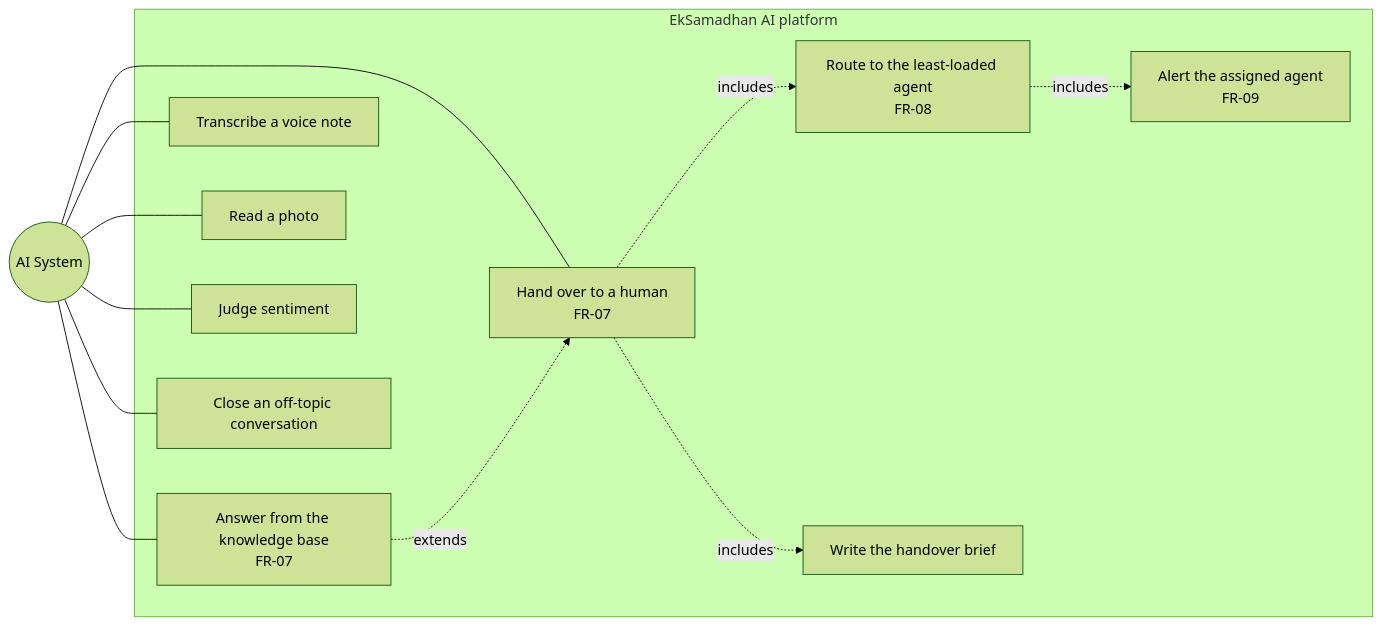
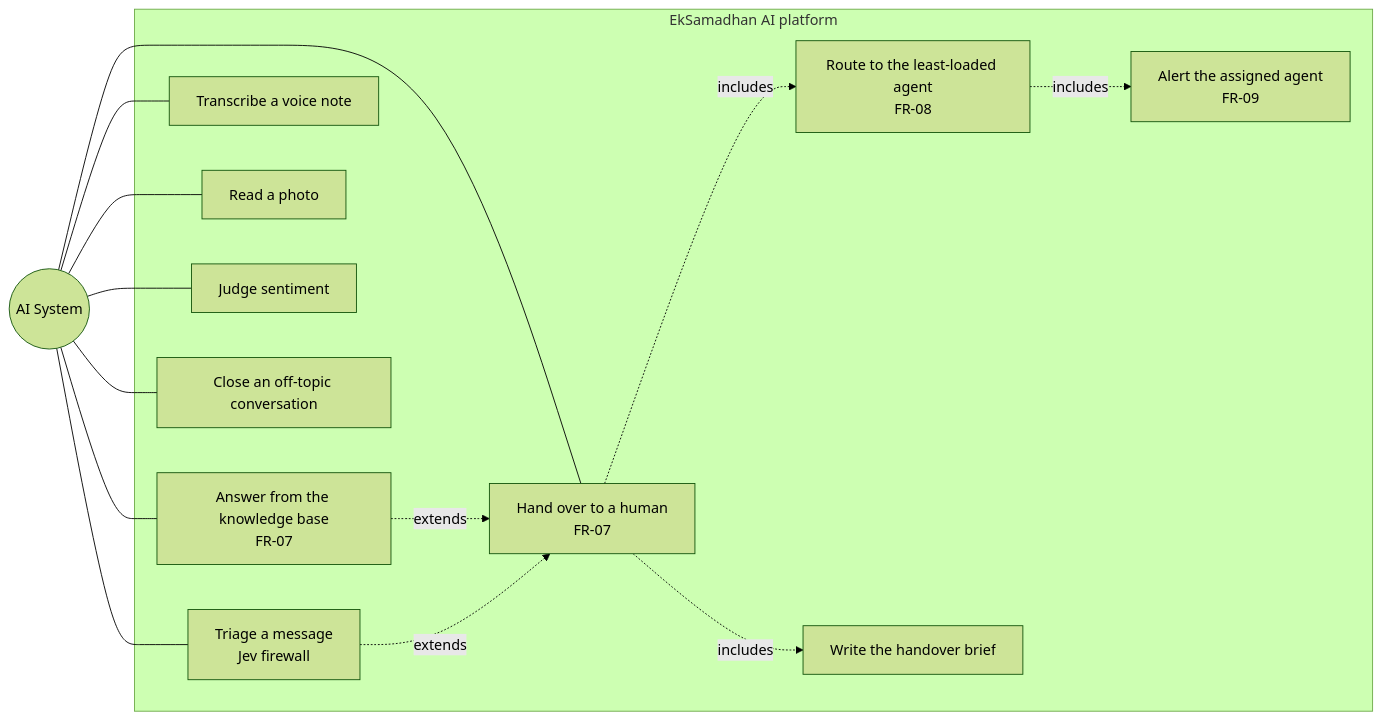
One commit to SayubShakya/eksamadhan-ai changed the fourth of 4 diagrams in docs/system-design/new-system-design/use-case/README.md. Above: the diagram before and after it, drawn with Mermaid (forest theme). The commit also changed 38 other files, not shown here.

Commit message:
docs: updated system design diagram

````diff
--- a/docs/system-design/new-system-design/use-case/README.md
+++ b/docs/system-design/new-system-design/use-case/README.md
@@ -93,25 +93,28 @@
 ```mermaid
 flowchart LR
     ai(("AI System"))
     subgraph s4["EkSamadhan AI platform"]
         d1["Answer from the knowledge base<br/>FR-07"]
         d2["Transcribe a voice note"]
         d3["Read a photo"]
         d4["Judge sentiment"]
         d5["Hand over to a human<br/>FR-07"]
         d6["Route to the least-loaded agent<br/>FR-08"]
         d7["Write the handover brief"]
         d8["Close an off-topic conversation"]
         d9["Alert the assigned agent<br/>FR-09"]
+        d10["Triage a message<br/>Jev firewall"]
     end
+    ai --- d10
     ai --- d1
     ai --- d2
     ai --- d3
     ai --- d4
     ai --- d5
     ai --- d8
     d1 -.->|"extends"| d5
     d5 -.->|"includes"| d6
     d5 -.->|"includes"| d7
     d6 -.->|"includes"| d9
+    d10 -.->|"extends"| d5
 ```
````
